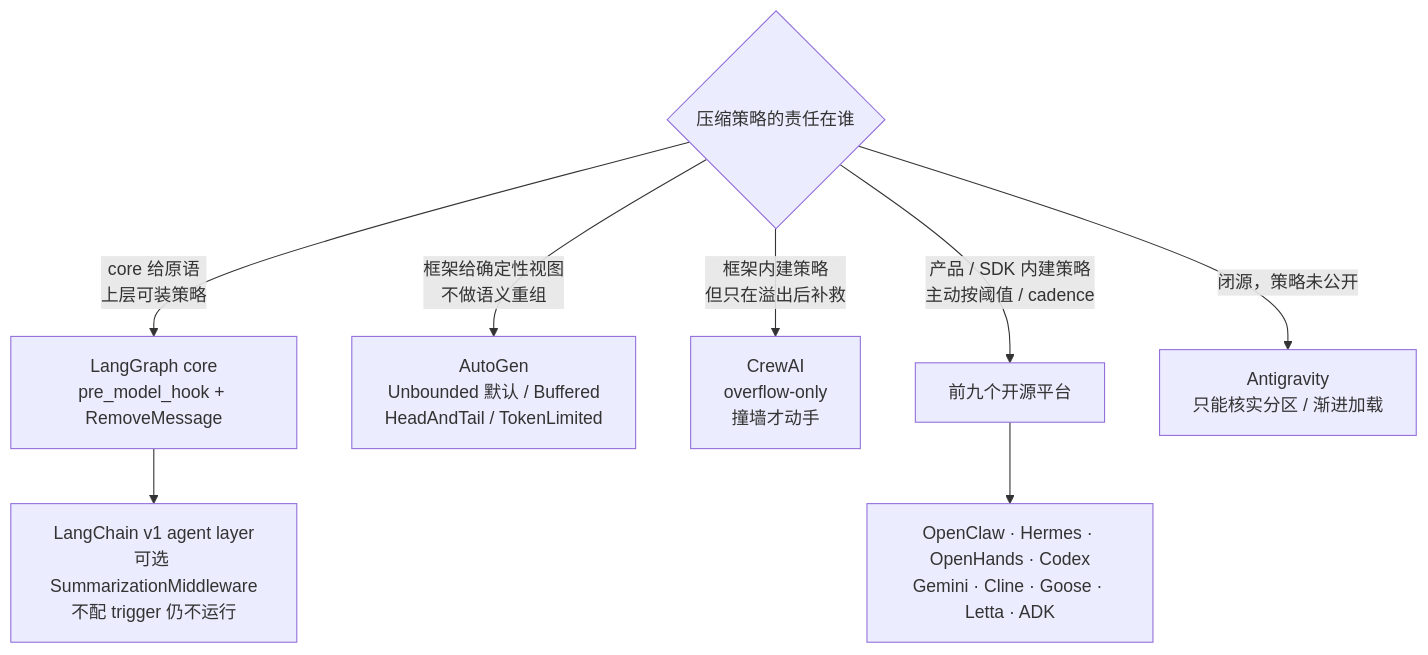
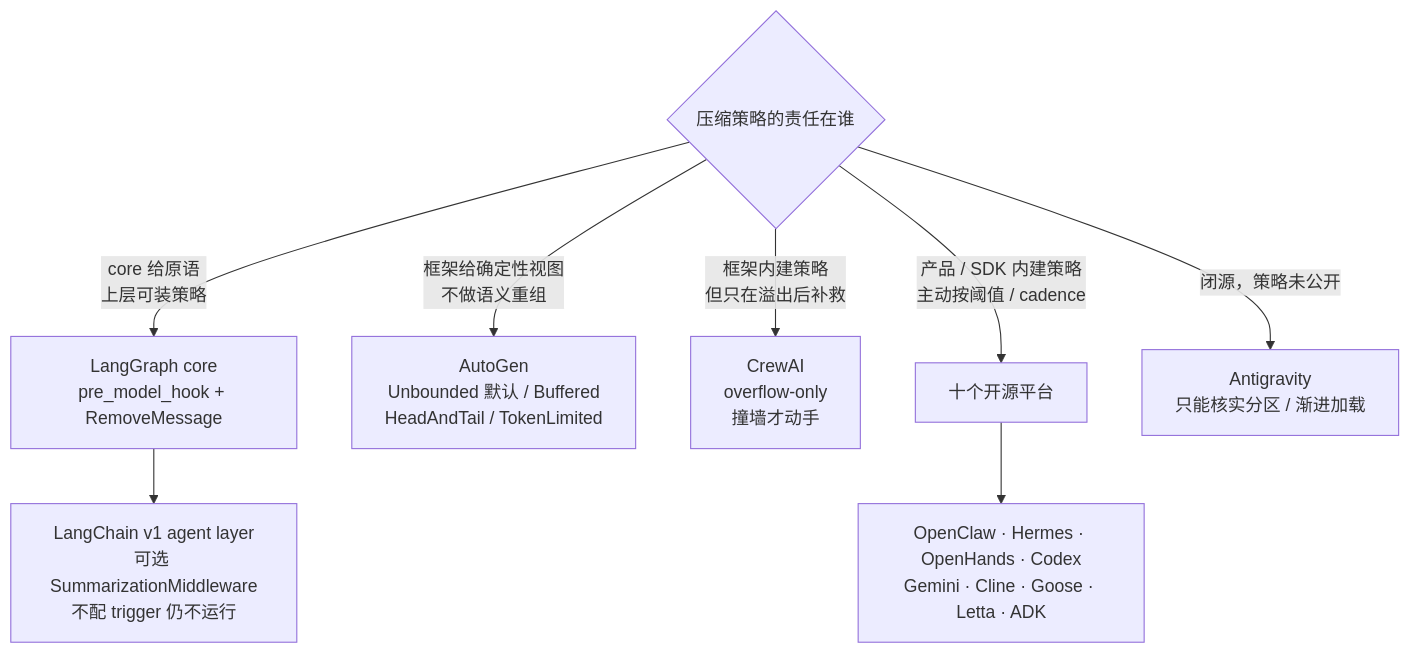
Diagram 16 of 18 in agent-context-compression/Agent_Context_Compression_Research.md (caiboyang/ML-learning), drawn with Mermaid before and after one commit. The commit also changed other lines of this file, not shown here.

````diff
--- a/agent-context-compression/Agent_Context_Compression_Research.md
+++ b/agent-context-compression/Agent_Context_Compression_Research.md
@@ -2597,11 +2597,11 @@
 ```mermaid
 flowchart TD
     Q{"压缩策略的责任在谁"}
     Q -->|"core 给原语<br/>上层可装策略"| A["LangGraph core<br/>pre_model_hook + RemoveMessage"]
     A --> A1["LangChain v1 agent layer<br/>可选 SummarizationMiddleware<br/>不配 trigger 仍不运行"]
     Q -->|"框架给确定性视图<br/>不做语义重组"| B["AutoGen<br/>Unbounded 默认 / Buffered<br/>HeadAndTail / TokenLimited"]
     Q -->|"框架内建策略<br/>但只在溢出后补救"| D["CrewAI<br/>overflow-only<br/>撞墙才动手"]
-    Q -->|"产品 / SDK 内建策略<br/>主动按阈值 / cadence"| C["前九个开源平台"]
+    Q -->|"产品 / SDK 内建策略<br/>主动按阈值 / cadence"| C["十个开源平台"]
     Q -->|"闭源，策略未公开"| E["Antigravity<br/>只能核实分区 / 渐进加载"]
     C --> C2["OpenClaw · Hermes · OpenHands · Codex<br/>Gemini · Cline · Goose · Letta · ADK"]
 ```
````
